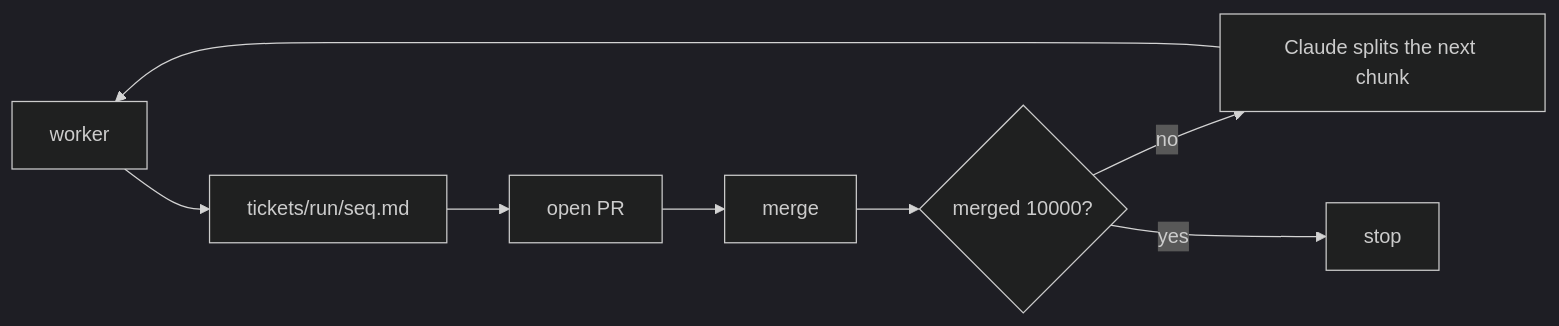
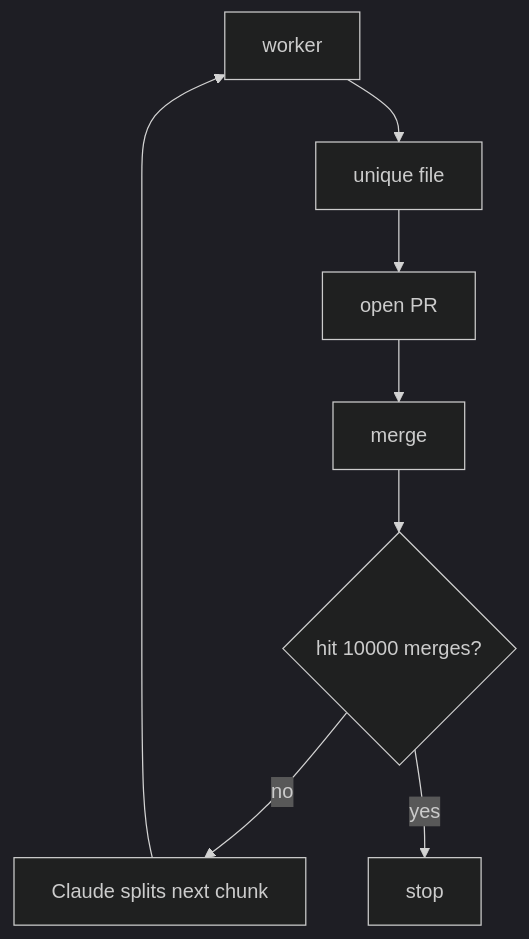
Before and after one commit to ranjan2829/Alpha-throttle-test: the second of 2 diagrams in README.md, drawn with Mermaid (dark theme). The commit also changed other lines of this file, not shown here.

Commit message:
Fix homepage Claude graphs

````diff
--- a/README.md
+++ b/README.md
@@ -49,10 +44,10 @@
 ```mermaid
-flowchart LR
-  W[worker] --> F[tickets/run/seq.md]
-  F --> PR[open PR]
-  PR --> M[merge]
-  M --> T{merged 10000?}
-  T -->|no| C[Claude splits the next chunk]
-  C --> W
-  T -->|yes| S[stop]
+flowchart TD
+  worker[worker] --> file[unique file]
+  file --> pr[open PR]
+  pr --> merge[merge]
+  merge --> done{hit 10000 merges?}
+  done -->|no| claude[Claude splits next chunk]
+  claude --> worker
+  done -->|yes| stop[stop]
 ```
````
